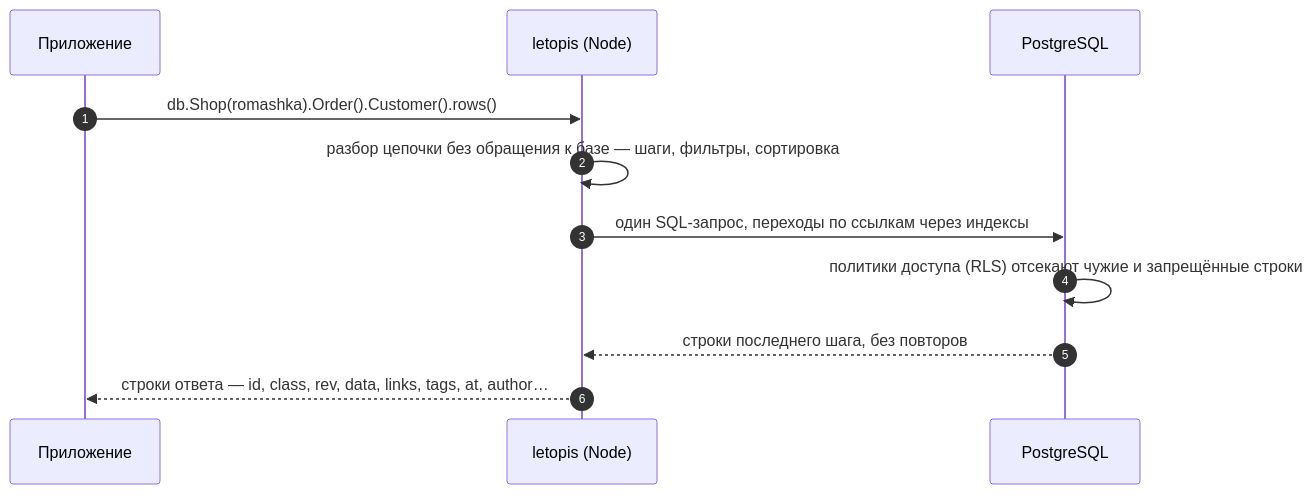
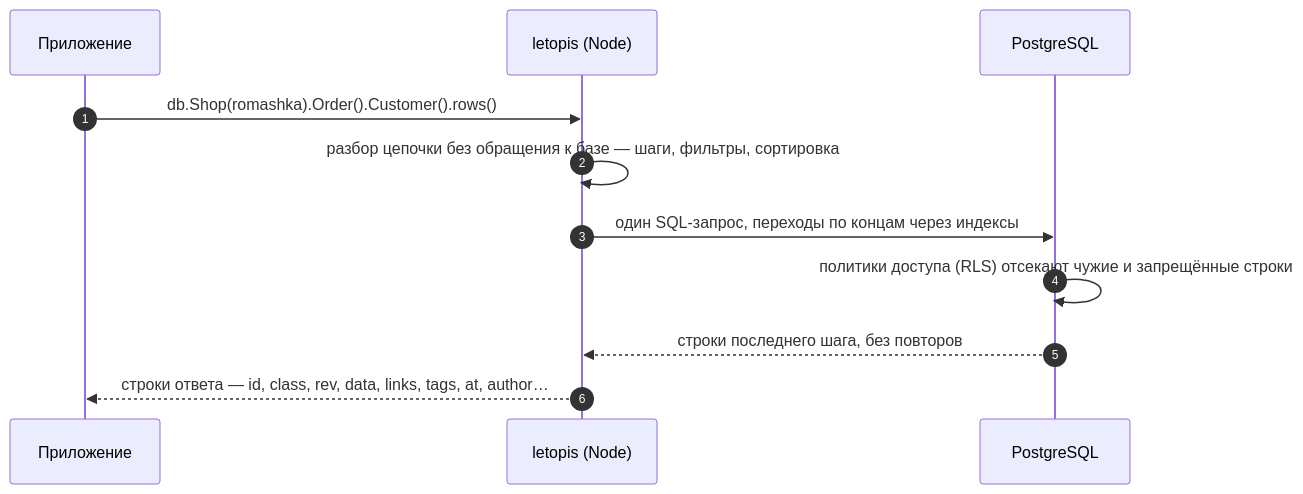
The diagram in guide/pages/read/index.md (alepri51/letopis), drawn with Mermaid before and after one commit. The commit also changed other lines of this file and 97 other files, not shown here.

````diff
--- a/guide/pages/read/index.md
+++ b/guide/pages/read/index.md
@@ -24,13 +24,13 @@
 ```mermaid
 sequenceDiagram
   autonumber
   participant App as Приложение
   participant Lib as letopis (Node)
   participant DB as PostgreSQL
   App->>Lib: db.Shop(romashka).Order().Customer().rows()
   Lib->>Lib: разбор цепочки без обращения к базе — шаги, фильтры, сортировка
-  Lib->>DB: один SQL-запрос, переходы по ссылкам через индексы
+  Lib->>DB: один SQL-запрос, переходы по концам через индексы
   DB->>DB: политики доступа (RLS) отсекают чужие и запрещённые строки
   DB-->>Lib: строки последнего шага, без повторов
   Lib-->>App: строки ответа — id, class, rev, data, links, tags, at, author…
 ```
````
